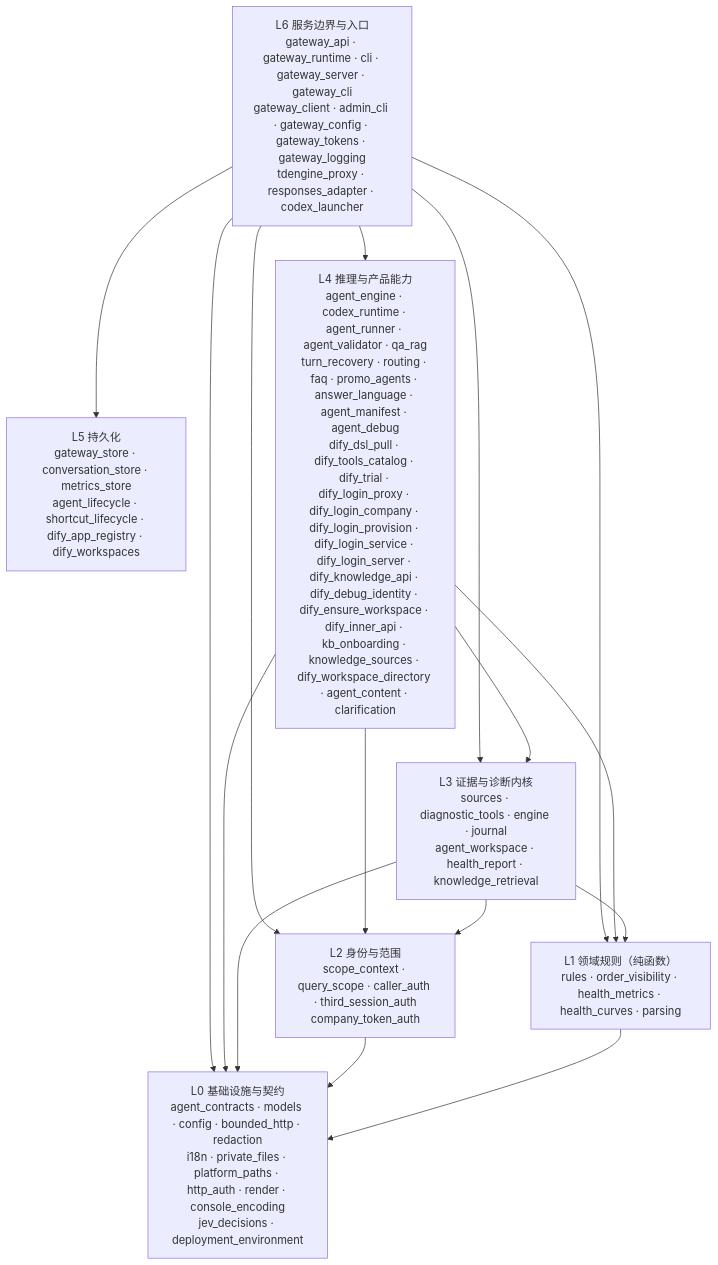
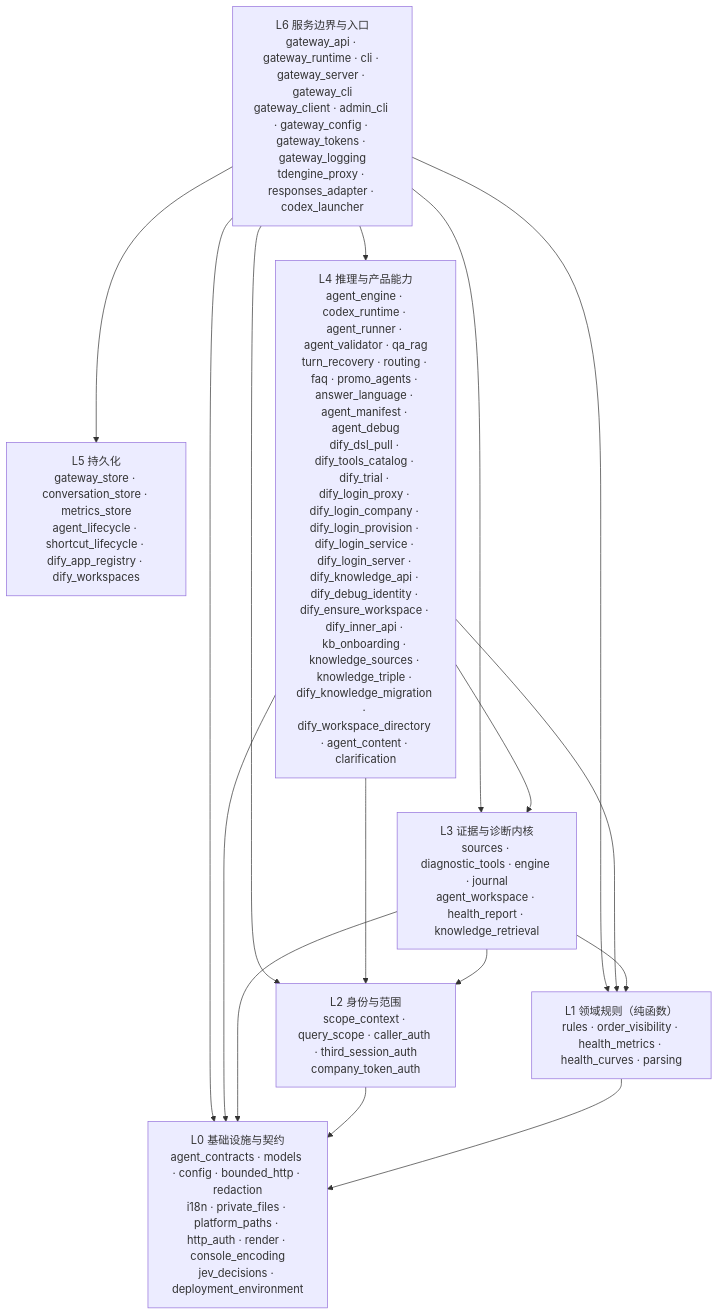
The diagram in README.md (kilbertert/AI-Ops), drawn with Mermaid before and after one commit. The commit also changed other lines of this file and 10 other files, not shown here.

````diff
--- a/README.md
+++ b/README.md
@@ -183,26 +183,26 @@
 ```mermaid
 flowchart TB
     L6["L6 服务边界与入口<br/>gateway_api · gateway_runtime · cli · gateway_server · gateway_cli<br/>gateway_client · admin_cli · gateway_config · gateway_tokens · gateway_logging<br/>tdengine_proxy · responses_adapter · codex_launcher"]
     L5["L5 持久化<br/>gateway_store · conversation_store · metrics_store<br/>agent_lifecycle · shortcut_lifecycle · dify_app_registry · dify_workspaces"]
-    L4["L4 推理与产品能力<br/>agent_engine · codex_runtime · agent_runner · agent_validator · qa_rag<br/>turn_recovery · routing · faq · promo_agents · answer_language · agent_manifest · agent_debug<br/>dify_dsl_pull · dify_tools_catalog · dify_trial · dify_login_proxy · dify_login_company · dify_login_provision · dify_login_service · dify_login_server · dify_knowledge_api · dify_debug_identity · dify_ensure_workspace · dify_inner_api · kb_onboarding · knowledge_sources · dify_workspace_directory · agent_content · clarification"]
+    L4["L4 推理与产品能力<br/>agent_engine · codex_runtime · agent_runner · agent_validator · qa_rag<br/>turn_recovery · routing · faq · promo_agents · answer_language · agent_manifest · agent_debug<br/>dify_dsl_pull · dify_tools_catalog · dify_trial · dify_login_proxy · dify_login_company · dify_login_provision · dify_login_service · dify_login_server · dify_knowledge_api · dify_debug_identity · dify_ensure_workspace · dify_inner_api · kb_onboarding · knowledge_sources · knowledge_triple · dify_knowledge_migration · dify_workspace_directory · agent_content · clarification"]
     L3["L3 证据与诊断内核<br/>sources · diagnostic_tools · engine · journal<br/>agent_workspace · health_report · knowledge_retrieval"]
     L2["L2 身份与范围<br/>scope_context · query_scope · caller_auth · third_session_auth<br/>company_token_auth"]
     L1["L1 领域规则（纯函数）<br/>rules · order_visibility · health_metrics · health_curves · parsing"]
     L0["L0 基础设施与契约<br/>agent_contracts · models · config · bounded_http · redaction<br/>i18n · private_files · platform_paths · http_auth · render · console_encoding<br/>jev_decisions · deployment_environment"]
 
     L6 --> L5
     L6 --> L4
     L6 --> L3
     L6 --> L2
     L6 --> L1
     L6 --> L0
     L4 --> L3
     L4 --> L2
     L4 --> L1
     L4 --> L0
     L3 --> L2
     L3 --> L1
     L3 --> L0
     L2 --> L0
     L1 --> L0
 ```
````
